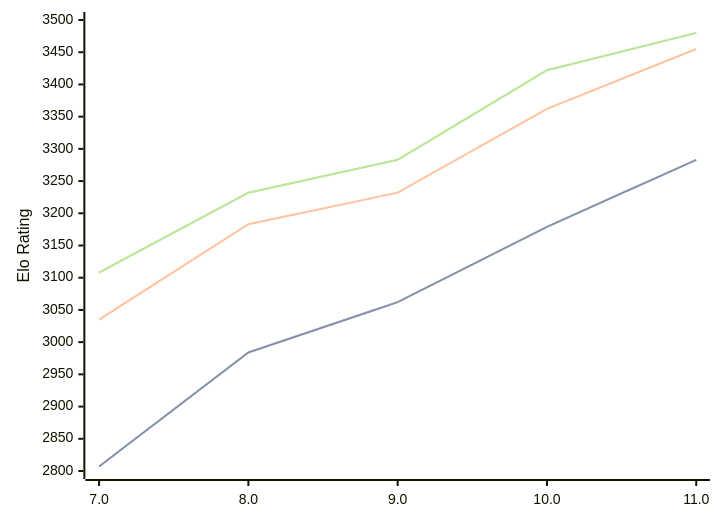
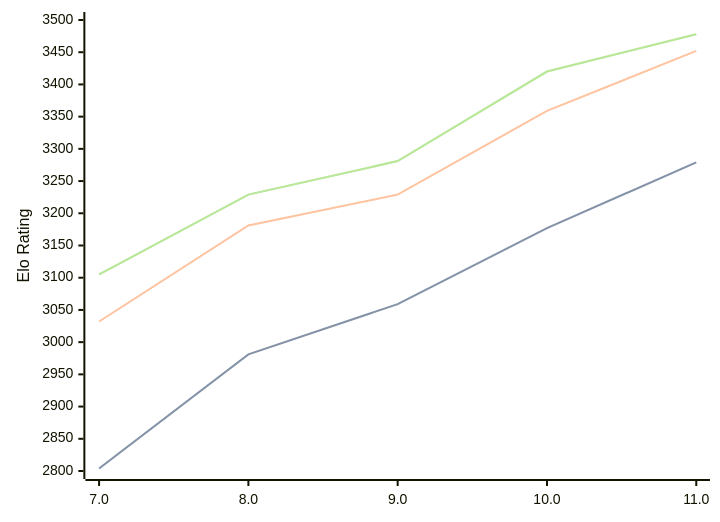
The diagram in engines/Tcheran.md (computer-chess-index/cci), drawn with Mermaid before and after one commit. The commit also changed other lines of this file, not shown here.

Commit message:
Update CCI Ratings (ELO VLTC) - 2026-04-23

````diff
--- a/engines/Tcheran.md
+++ b/engines/Tcheran.md
@@ -49,11 +49,11 @@
 ```mermaid
 %%{init: {"theme":"base","themeVariables":{"seriesColors:['#a3a3a3','#222221','#faa371']}}}%%
 xychart-beta
   x-axis ["7.0", "8.0", "9.0", "10.0", "11.0"]
   y-axis "Elo Rating" 2800 --> 3500
-  line "STC (8.0+0.08s)" [2807, 2984, 3062, 3179, 3283]
-  line "STC (8.0+0.08s)" [2807, 2984, 3062, 3179, 3283]
-  line "LTC (60.0+0.60s)" [3035, 3183, 3232, 3362, 3455]
-  line "VLTC (2m24s+1.12s)" [3108, 3232, 3283, 3422, 3480]
-  line "VLTC (2m24s+1.12s)" [3108, 3232, 3283, 3422, 3480]
+  line "STC (8.0+0.08s)" [2804, 2981, 3059, 3177, 3279]
+  line "STC (8.0+0.08s)" [2804, 2981, 3059, 3177, 3279]
+  line "LTC (60.0+0.60s)" [3032, 3181, 3229, 3359, 3452]
+  line "VLTC (2m24s+1.12s)" [3105, 3229, 3281, 3420, 3478]
+  line "VLTC (2m24s+1.12s)" [3105, 3229, 3281, 3420, 3478]
 ```
````
